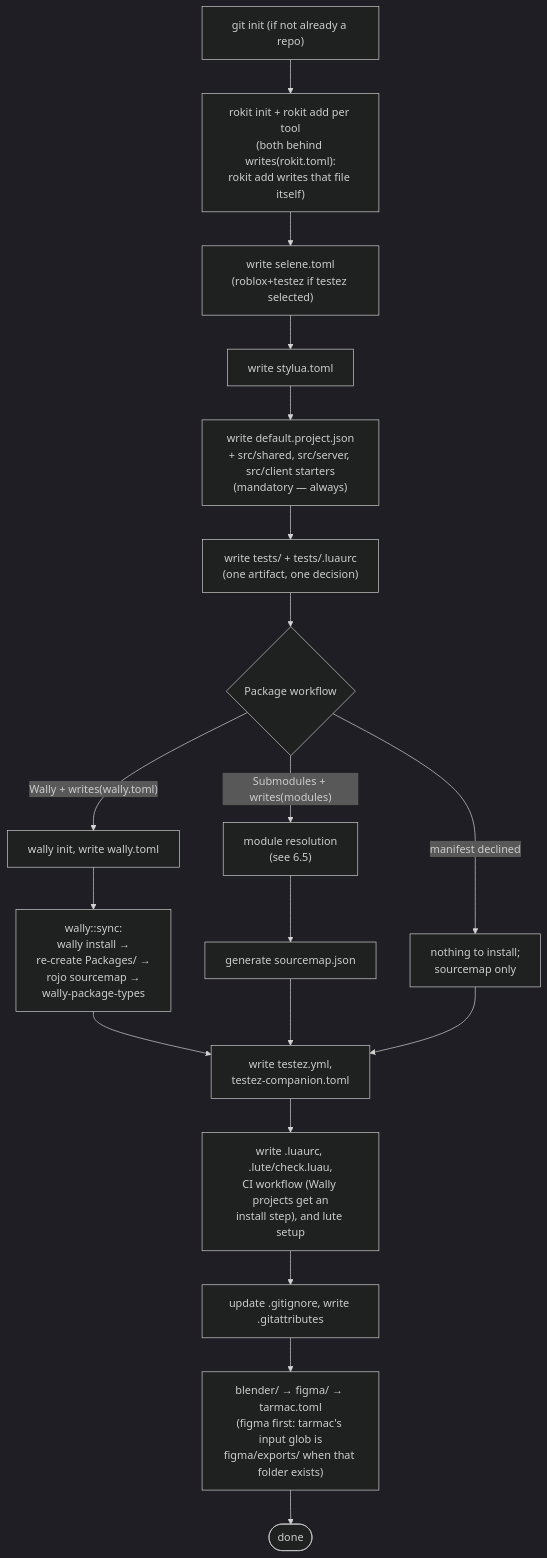
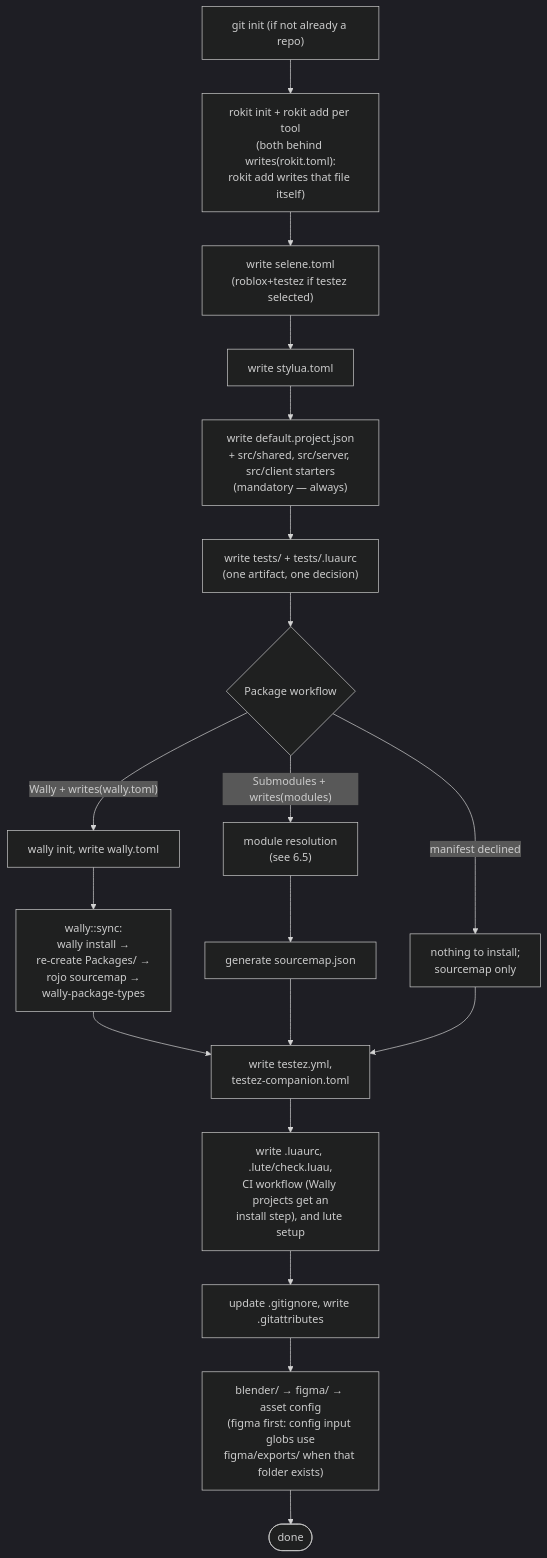
The fourth of 7 diagrams in docs/architecture.md (chatarabdelilah/rproj), drawn with Mermaid (dark theme) before and after one commit. The commit also changed other lines of this file and 24 other files, not shown here.

````diff
--- a/docs/architecture.md
+++ b/docs/architecture.md
@@ -584,25 +588,25 @@
 ```mermaid
 flowchart TD
     A["git init (if not already a repo)"] --> B["rokit init + rokit add per tool\n(both behind writes(rokit.toml):\nrokit add writes that file itself)"]
     B --> C["write selene.toml\n(roblox+testez if testez selected)"]
     C --> D[write stylua.toml]
     D --> E["write default.project.json\n+ src/shared, src/server, src/client starters\n(mandatory — always)"]
     E --> TF["write tests/ + tests/.luaurc\n(one artifact, one decision)"]
     TF --> F{Package workflow}
     F -- "Wally + writes(wally.toml)" --> G["wally init, write wally.toml"]
     G --> H["wally::sync:\nwally install →\nre-create Packages/ →\nrojo sourcemap →\nwally-package-types"]
     F -- "Submodules + writes(modules)" --> I["module resolution\n(see 6.5)"]
     I --> J["generate sourcemap.json"]
     F -- "manifest declined" --> K["nothing to install;\nsourcemap only"]
     H --> TW
     J --> TW
     K --> TW["write testez.yml,\ntestez-companion.toml"]
     TW --> QG["write .luaurc, .lute/check.luau,
 CI workflow (Wally projects get an
 install step), and lute setup"]
     QG --> O["update .gitignore, write .gitattributes"]
-    O --> Q["blender/ → figma/ → tarmac.toml
-(figma first: tarmac's input glob is
+    O --> Q["blender/ → figma/ → asset config
+(figma first: config input globs use
 figma/exports/ when that folder exists)"]
     Q --> R(["done"])
 ```
````
